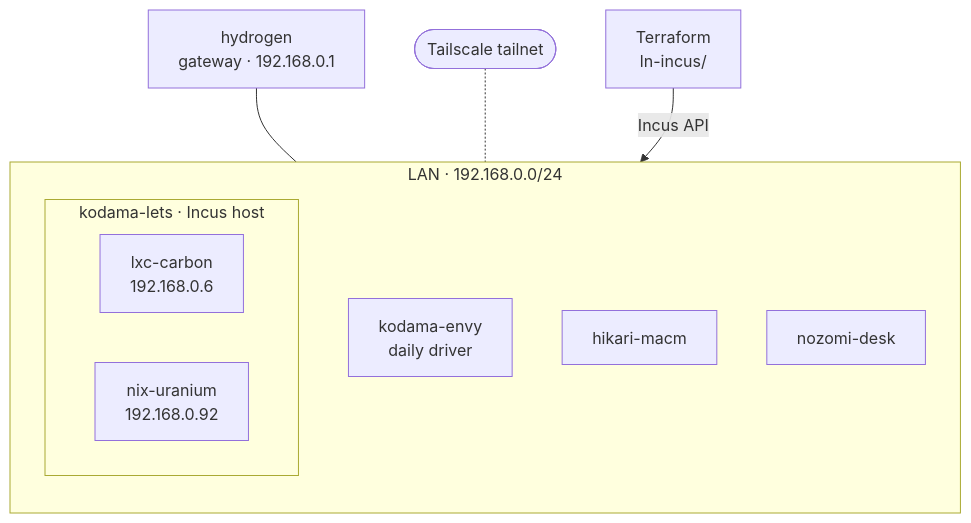
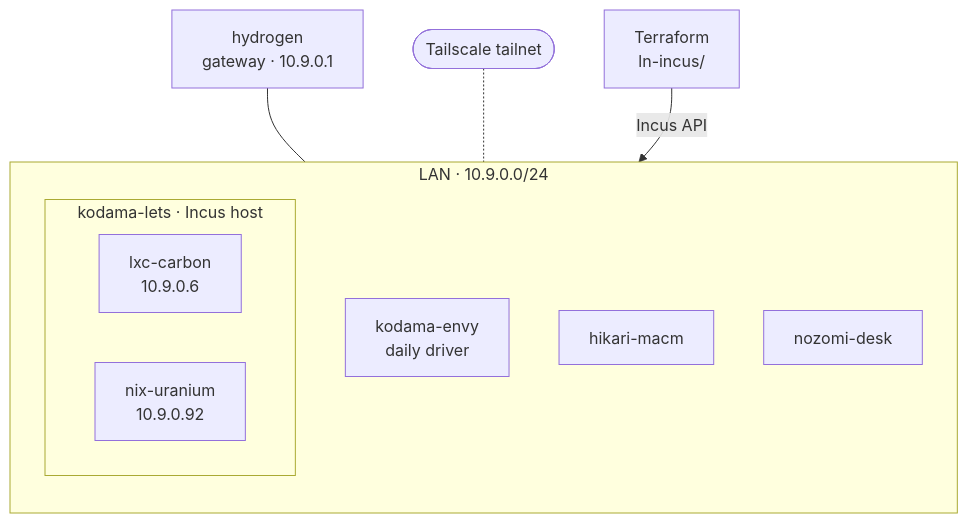
One commit to timmPrice/Shinkansen-Homelab changed the diagram in README.md. Above: the diagram before and after it, drawn with Mermaid. The commit also changed other lines of this file and 4 other files, not shown here.

````diff
--- a/README.md
+++ b/README.md
@@ -27,19 +27,19 @@
 ```mermaid
 flowchart TB
-    gw["hydrogen<br/>gateway · 192.168.0.1"]
+    gw["hydrogen<br/>gateway · 10.9.0.1"]
 
-    subgraph lan["LAN · 192.168.0.0/24"]
+    subgraph lan["LAN · 10.9.0.0/24"]
         direction TB
         subgraph lets["kodama-lets · Incus host"]
-            c["lxc-carbon<br/>192.168.0.6"]
-            u["nix-uranium<br/>192.168.0.92"]
+            c["lxc-carbon<br/>10.9.0.6"]
+            u["nix-uranium<br/>10.9.0.92"]
         end
         envy["kodama-envy<br/>daily driver"]
         macm["hikari-macm"]
         desk["nozomi-desk"]
     end
 
     gw --- lan
     ts(["Tailscale tailnet"]) -.- lets
     tf["Terraform<br/>ln-incus/"] -->|"Incus API"| lets
 ```
````
